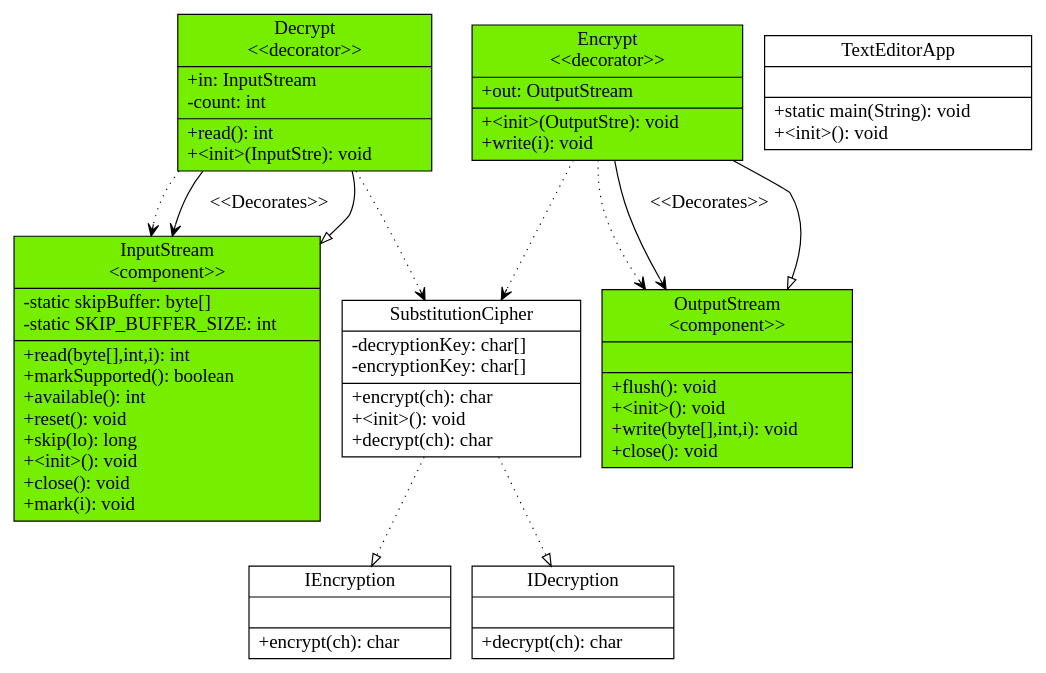
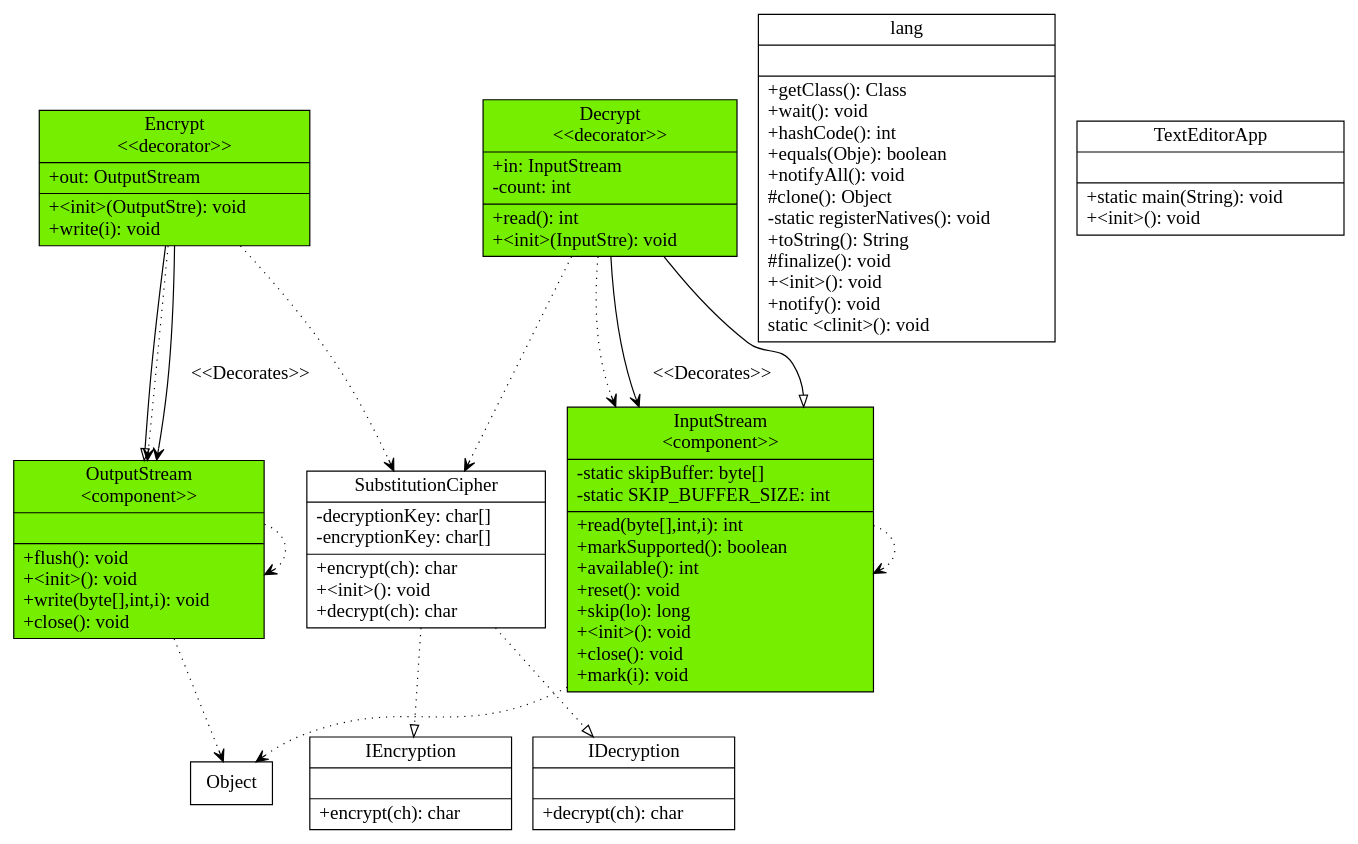
The diagram in src/lab2one.dot (Maast3r/UMLMaker), drawn with Graphviz before and after one commit. The commit also changed 22 other files, not shown here.

```diff
--- a/src/lab2one.dot
+++ b/src/lab2one.dot
@@ -1,75 +1,85 @@
 digraph G{
 	fontname = "Bitstream Vera Sans"
 	fontsize = 16
 
 node [
 	fontname = "Bitstream Vera Sans"
 	fontsize = 16
 
  shape = "record"
 ]
 edge [
 	fontname = "Bitstream Vera Sans"
 	fontsize = 16
 ]
 IEncryption [ 
 center=true
     label="{IEncryption| | +encrypt(ch): char\l}"color = black
 style = filled 
  fillcolor = white
 ]
 Decrypt [ 
 center=true
     label="{Decrypt\n\<\<decorator\>\>|+in: InputStream \l-count: int \l | +read(): int\l+\<init\>(InputStre): void\l}"color = null
 style = filled 
  fillcolor = chartreuse2
 ]
 InputStream [ 
 center=true
     label="{InputStream\n\<\component\>\>|-static skipBuffer: byte[] \l-static SKIP_BUFFER_SIZE: int \l | +read(byte[],int,i): int\l+markSupported(): boolean\l+available(): int\l+reset(): void\l+skip(lo): long\l+\<init\>(): void\l+close(): void\l+mark(i): void\l}"color = null
 style = filled 
  fillcolor = chartreuse2
 ]
 OutputStream [ 
 center=true
     label="{OutputStream\n\<\component\>\>| | +flush(): void\l+\<init\>(): void\l+write(byte[],int,i): void\l+close(): void\l}"color = null
 style = filled 
  fillcolor = chartreuse2
 ]
 SubstitutionCipher [ 
 center=true
     label="{SubstitutionCipher|-decryptionKey: char[] \l-encryptionKey: char[] \l | +encrypt(ch): char\l+\<init\>(): void\l+decrypt(ch): char\l}"color = black
 style = filled 
  fillcolor = white
 ]
 IDecryption [ 
 center=true
     label="{IDecryption| | +decrypt(ch): char\l}"color = black
 style = filled 
  fillcolor = white
 ]
+lang [ 
+center=true
+    label="{lang| | +getClass(): Class\l+wait(): void\l+hashCode(): int\l+equals(Obje): boolean\l+notifyAll(): void\l#clone(): Object\l-static registerNatives(): void\l+toString(): String\l#finalize(): void\l+\<init\>(): void\l+notify(): void\lstatic \<clinit\>(): void\l}"color = black
+style = filled 
+ fillcolor = white
+]
 Encrypt [ 
 center=true
     label="{Encrypt\n\<\<decorator\>\>|+out: OutputStream \l | +\<init\>(OutputStre): void\l+write(i): void\l}"color = null
 style = filled 
  fillcolor = chartreuse2
 ]
 TextEditorApp [ 
 center=true
     label="{TextEditorApp| | +static main(String): void\l+\<init\>(): void\l}"color = black
 style = filled 
  fillcolor = white
 ]
 Decrypt -> InputStream[arrowhead = vee, style = dotted]
 Decrypt -> InputStream[arrowhead = vee,label="\<\<Decorates\>\>"]
 Decrypt -> SubstitutionCipher[arrowhead = vee, style = dotted]
 Decrypt -> InputStream [arrowhead = onormal]
+InputStream -> InputStream[arrowhead = vee, style = dotted]
+InputStream -> Object[arrowhead = vee, style = dotted]
+OutputStream -> OutputStream[arrowhead = vee, style = dotted]
+OutputStream -> Object[arrowhead = vee, style = dotted]
 SubstitutionCipher -> IDecryption[arrowhead = onormal,style = dotted]
 SubstitutionCipher -> IEncryption[arrowhead = onormal,style = dotted]
 Encrypt -> OutputStream[arrowhead = vee, style = dotted]
 Encrypt -> OutputStream[arrowhead = vee,label="\<\<Decorates\>\>"]
 Encrypt -> SubstitutionCipher[arrowhead = vee, style = dotted]
 Encrypt -> OutputStream [arrowhead = onormal]
 
 
 }
```
